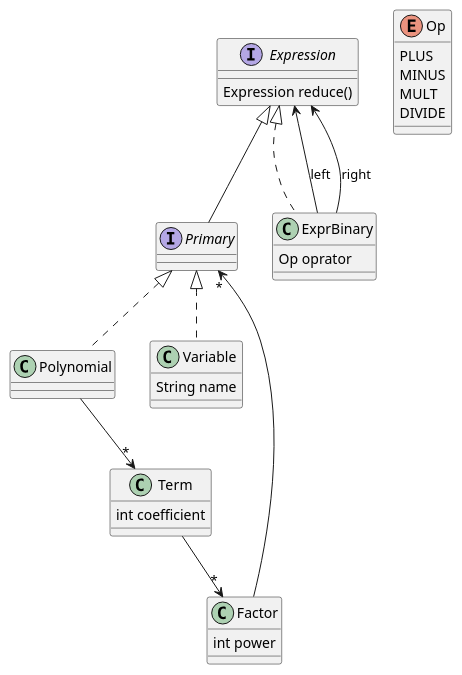
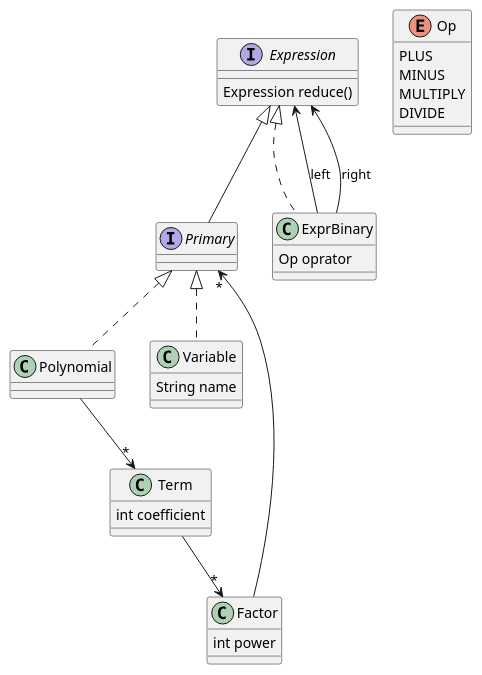
Before and after one commit to saka1029/form: the diagram in doc/classes.plantuml, drawn with PlantUML. The commit also changed 2 other files, not shown here.

```diff
--- a/doc/classes.plantuml
+++ b/doc/classes.plantuml
@@ -1,34 +1,34 @@
 @startuml form
 interface Expression {
     Expression reduce()
 }
 enum Op {
     PLUS
     MINUS
-    MULT
+    MULTIPLY
     DIVIDE
 }
 class ExprBinary {
     Op oprator
 }
 interface Primary
 class Polynomial
 class Term {
     int coefficient
 }
 class Factor {
     int power
 }
 class Variable {
     String name
 }
 ExprBinary .up.|> Expression
 Primary -up-|> Expression
 Polynomial .up.|> Primary
 Variable .up.|> Primary
 ExprBinary --> Expression : left
 ExprBinary --> Expression : right
 Polynomial --> "*" Term
 Term --> "*" Factor
 Factor -->  "*"Primary
 @enduml
```
